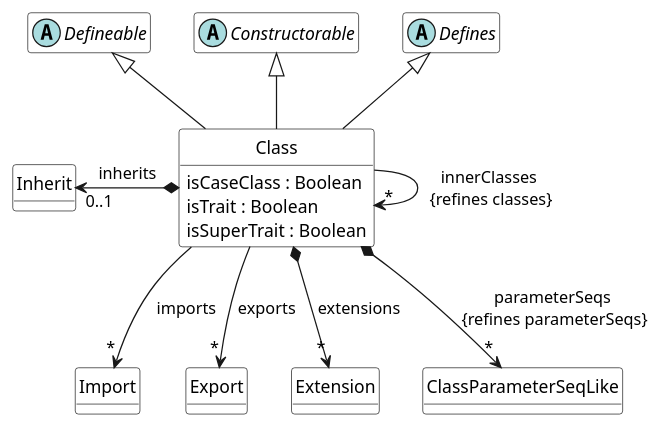
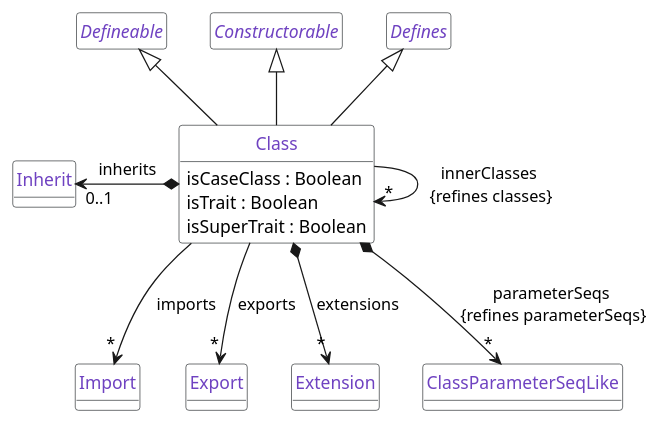
One commit to tizuck/scala-uml-diagrams changed the diagram in scala-meta-model/class.meta.puml. Above: the diagram before and after it, drawn with PlantUML. The commit also changed 46 other files, not shown here.

Commit message:
many diagrams

```diff
--- a/scala-meta-model/class.meta.puml
+++ b/scala-meta-model/class.meta.puml
@@ -1,31 +1,49 @@
 @startuml Class
 
 abstract class Defineable
 abstract class Constructorable 
 abstract class Defines 
 
 class Class extends Defineable, Constructorable, Defines {
     isCaseClass : Boolean 
     isTrait : Boolean 
     isSuperTrait : Boolean 
 }
 
 Class --> "*" Class : innerClasses\n {refines classes}
 Class --> "*" Import : imports
 Class --> "*" Export : exports 
 Class *--left> "0..1  " Inherit : inherits
 Class *--> "*" Extension : "extensions"
 Class *--> "*" ClassParameterSeqLike : parameterSeqs \n{refines parameterSeqs}
 
 hide class circle
 hide class methods
 hide Defineable members
 hide Constructorable members 
 hide Defines members 
 
+skinparam defaultFontName Source Code Pro
+
+skinparam ClassStereotypeFontColor #1b1f23
+
 skinparam class {
     BackgroundColor White
-    ArrowColor Black
-    BorderColor Black
+    BorderColor #1b1f23
+    ArrowColor #1b1f23
+    FontColor #6f42c1
 }
+
+skinparam note {
+    BackgroundColor White
+    BorderColor #1b1f23
+    ArrowColor #1b1f23
+    FontColor #d73a49
+}
+
+skinparam stereotype {
+    FontColor #d73a49
+}
+
+hide circle
 @enduml
```
